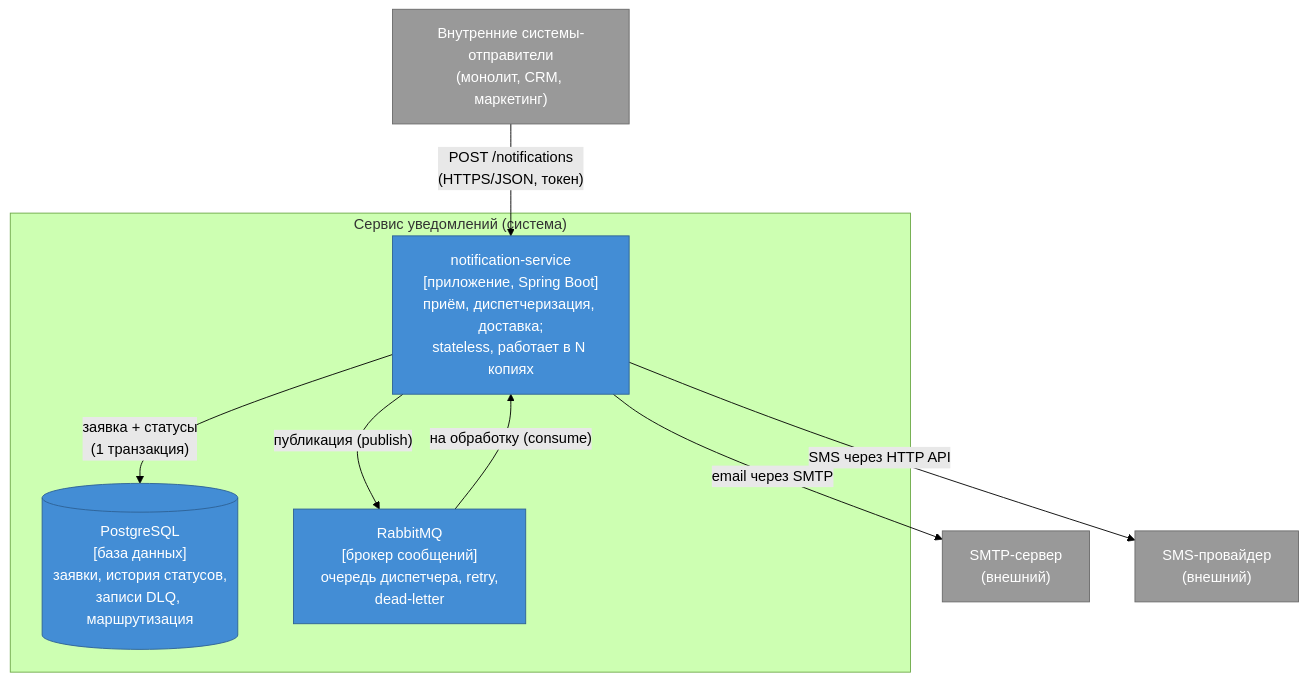
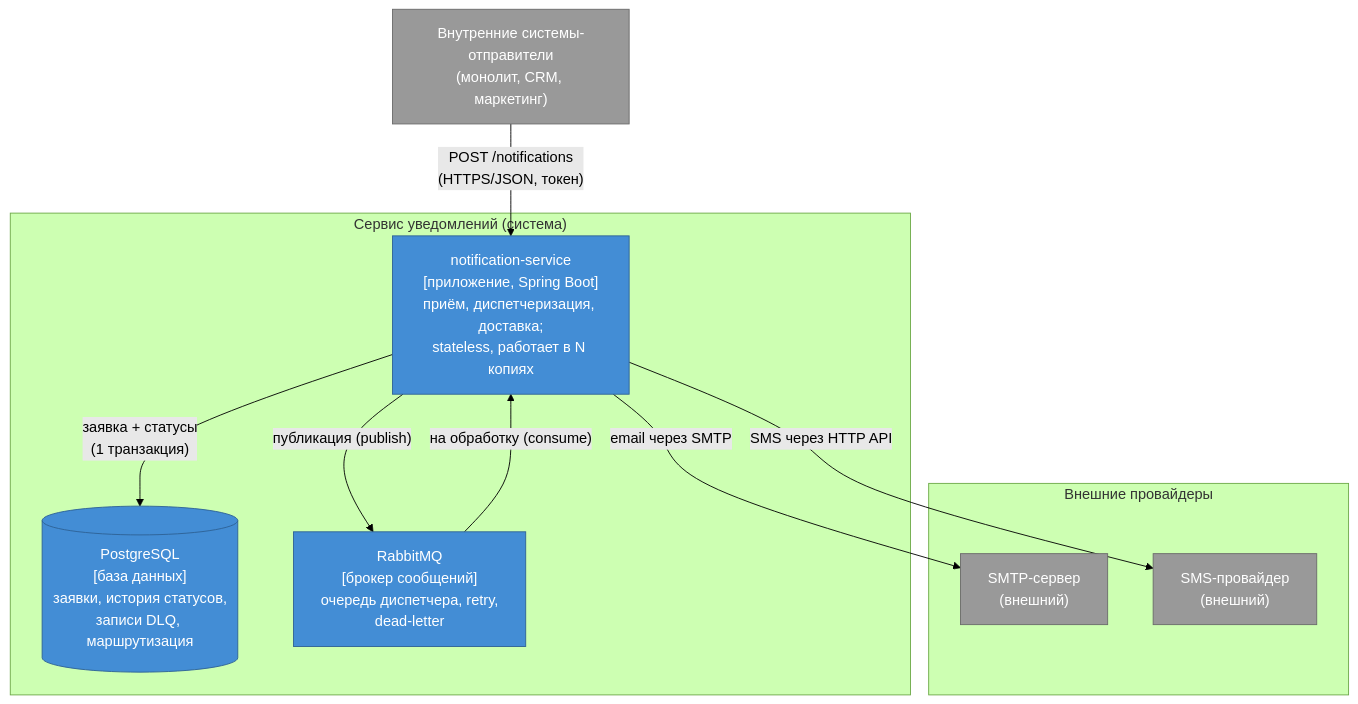
The diagram in docs/views/c4-container.md (sproshchaev/otus-msa-notification-service), drawn with Mermaid (forest theme) before and after one commit. The commit also changed 1 other file, not shown here.

Commit message:
docs(c4): сгруппировать внешних провайдеров в подграф на Container-диаграмме

````diff
--- a/docs/views/c4-container.md
+++ b/docs/views/c4-container.md
@@ -7,25 +7,27 @@
 ```mermaid
 flowchart TB
     senders["Внутренние системы-отправители<br/>(монолит, CRM, маркетинг)"]
 
     subgraph ns["Сервис уведомлений (система)"]
         app["notification-service<br/>[приложение, Spring Boot]<br/>приём, диспетчеризация, доставка;<br/>stateless, работает в N копиях"]
         db[("PostgreSQL<br/>[база данных]<br/>заявки, история статусов,<br/>записи DLQ, маршрутизация")]
         mq["RabbitMQ<br/>[брокер сообщений]<br/>очередь диспетчера, retry,<br/>dead-letter"]
     end
 
-    smtp["SMTP-сервер<br/>(внешний)"]
-    sms["SMS-провайдер<br/>(внешний)"]
+    subgraph providers["Внешние провайдеры"]
+        smtp["SMTP-сервер<br/>(внешний)"]
+        sms["SMS-провайдер<br/>(внешний)"]
+    end
 
     senders -->|"POST /notifications<br/>(HTTPS/JSON, токен)"| app
     app -->|"заявка + статусы<br/>(1 транзакция)"| db
     app -->|"публикация (publish)"| mq
     mq -->|"на обработку (consume)"| app
     app -->|"email через SMTP"| smtp
     app -->|"SMS через HTTP API"| sms
 
     classDef container fill:#438dd5,stroke:#2e6295,color:#ffffff;
     classDef external fill:#999999,stroke:#6b6b6b,color:#ffffff;
     class app,db,mq container;
     class senders,smtp,sms external;
 ```
````
